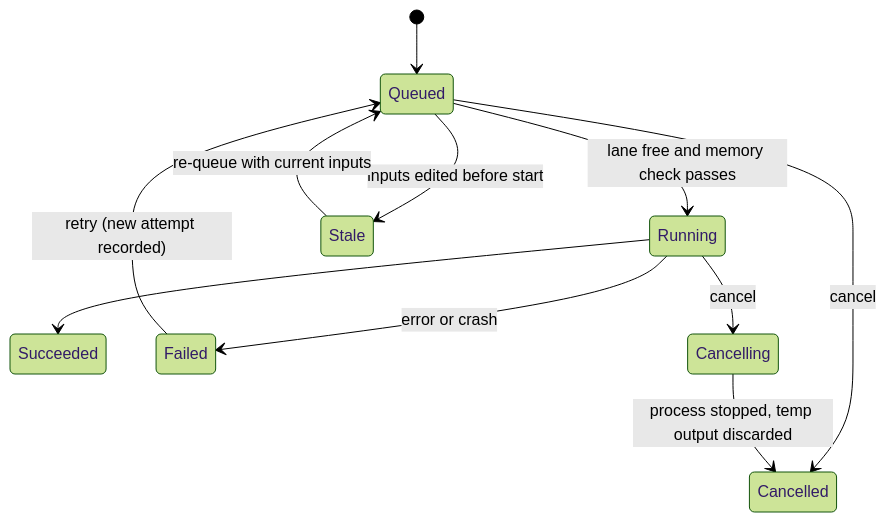
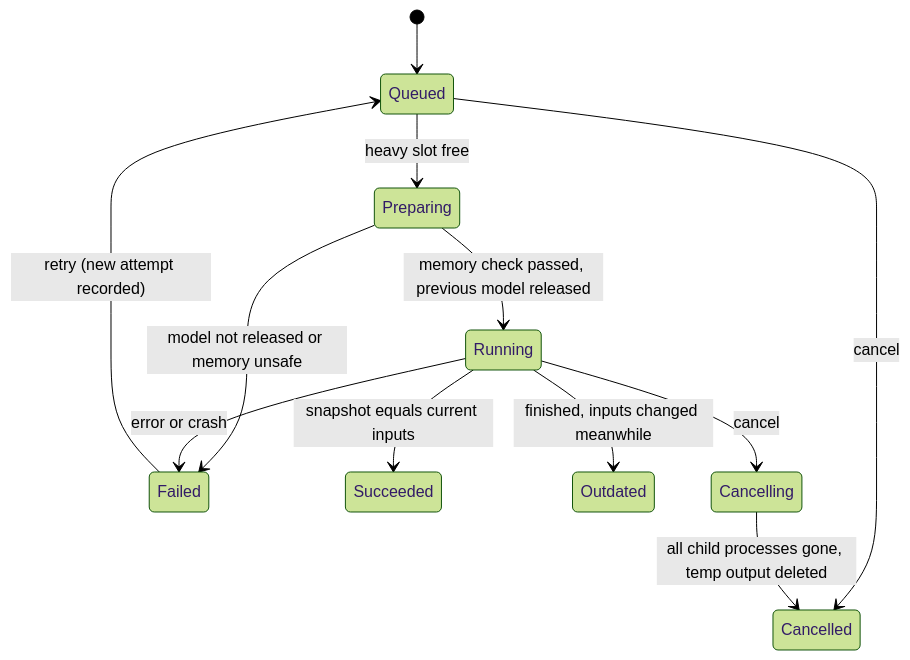
Before and after one commit to namantaneja167/AI-Video: the second of 2 diagrams in explainer-studio/docs/studio/02-product-spec.md, drawn with Mermaid (forest theme). The commit also changed other lines of this file and 239 other files, not shown here.

First line of the commit message:
Add tests for timeline functionality, enhance TypeScript configuration, and implement audio and mix workers

````diff
--- a/explainer-studio/docs/studio/02-product-spec.md
+++ b/explainer-studio/docs/studio/02-product-spec.md
@@ -96,13 +210,14 @@
 ```mermaid
 stateDiagram-v2
     [*] --> Queued
-    Queued --> Running: lane free and memory check passes
+    Queued --> Preparing: heavy slot free
+    Preparing --> Running: memory check passed, previous model released
+    Preparing --> Failed: model not released or memory unsafe
     Queued --> Cancelled: cancel
-    Running --> Succeeded
+    Running --> Succeeded: snapshot equals current inputs
+    Running --> Outdated: finished, inputs changed meanwhile
     Running --> Failed: error or crash
     Running --> Cancelling: cancel
-    Cancelling --> Cancelled: process stopped, temp output discarded
+    Cancelling --> Cancelled: all child processes gone, temp output deleted
     Failed --> Queued: retry (new attempt recorded)
-    Queued --> Stale: inputs edited before start
-    Stale --> Queued: re-queue with current inputs
 ```
````
